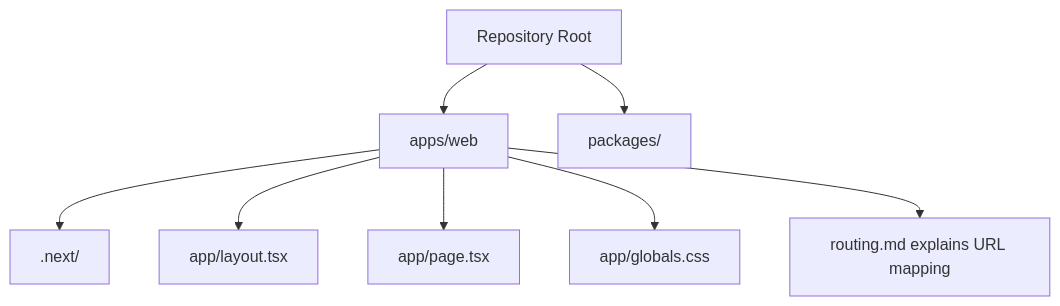
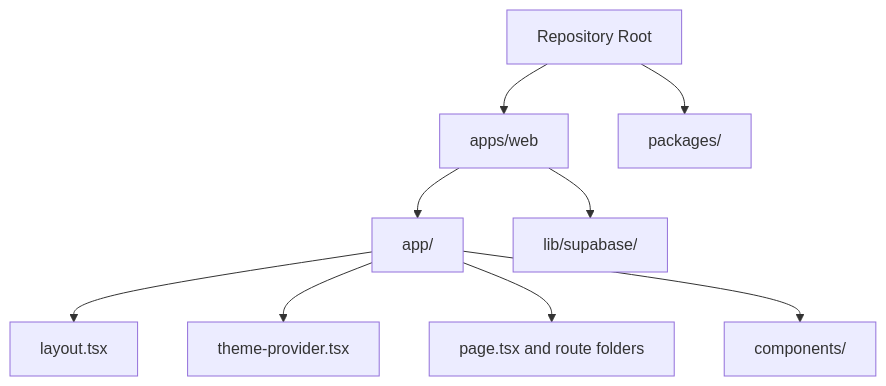
The diagram in docs/web/README.md (matthewlovestocode/designated), drawn with Mermaid before and after one commit. The commit also changed other lines of this file and 35 other files, not shown here.

````diff
--- a/docs/web/README.md
+++ b/docs/web/README.md
@@ -33,10 +35,11 @@
 ```mermaid
 flowchart TD
     A["Repository Root"] --> B["apps/web"]
     A --> C["packages/"]
-    B --> G[".next/"]
-    B --> D["app/layout.tsx"]
-    B --> E["app/page.tsx"]
-    B --> F["app/globals.css"]
-    B --> H["routing.md explains URL mapping"]
+    B --> D["app/"]
+    B --> E["lib/supabase/"]
+    D --> F["layout.tsx"]
+    D --> G["theme-provider.tsx"]
+    D --> H["page.tsx and route folders"]
+    D --> I["components/"]
 ```
````
